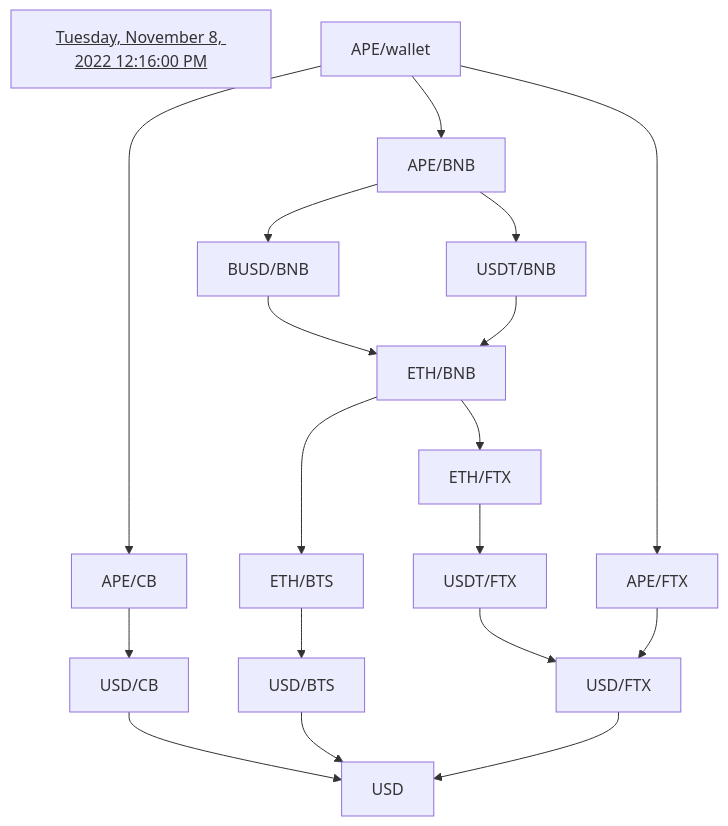
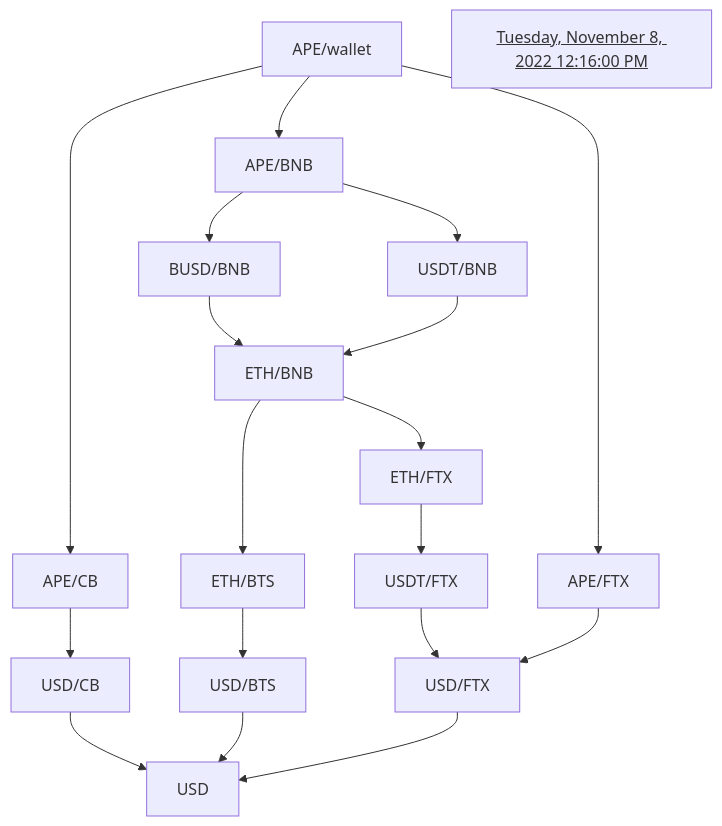
The second of 2 diagrams in README.md (Ramzgate/sense), drawn with Mermaid before and after one commit.

````diff
--- a/README.md
+++ b/README.md
@@ -28,21 +28,21 @@
 ```mermaid
 graph TD
-title[<u>Tuesday, November 8, 2022 12:16:00 PM</u>]
   G["APE/wallet"] --> H["APE/FTX"]
   G --> E["APE/BNB"]
   G --> K["APE/CB"]
   E --> F["BUSD/BNB"]
   E --> J["USDT/BNB"]
   F --> A["ETH/BNB"]
   J --> A
   A --> B["ETH/BTS"]
   A --> L["ETH/FTX"]
   B --> C["USD/BTS"]
   L --> M["USDT/FTX"] 
   M --> I["USD/FTX"]
   H --> I
   K --> N["USD/CB"]
   N --> D["USD"]
   C --> D
   I --> D
+title[<u>Tuesday, November 8, 2022 12:16:00 PM</u><bf>]
 ```
````
